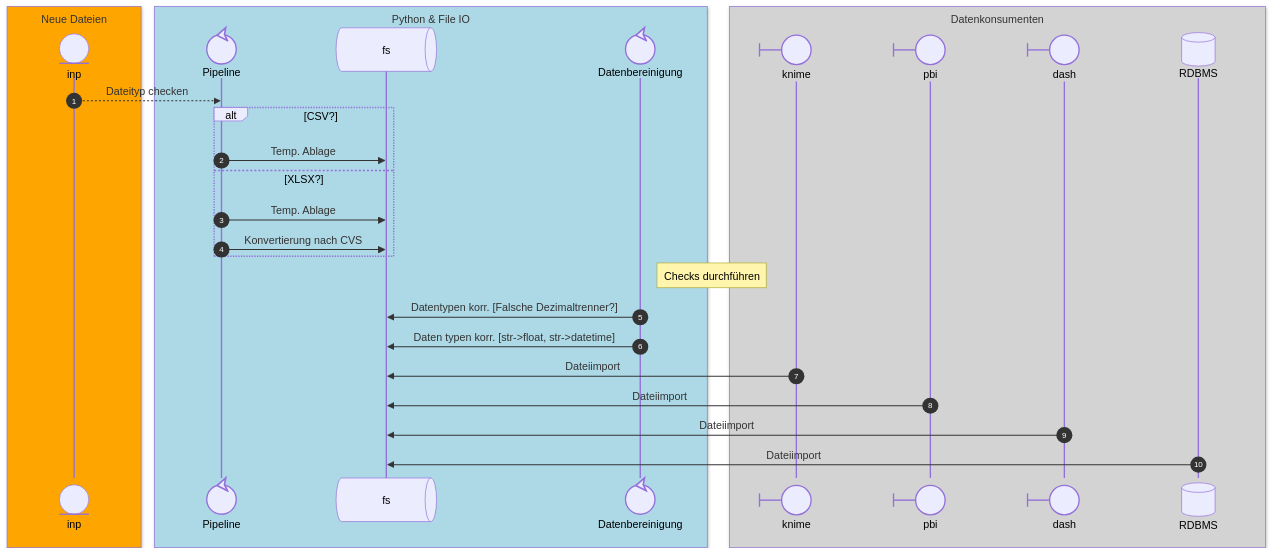
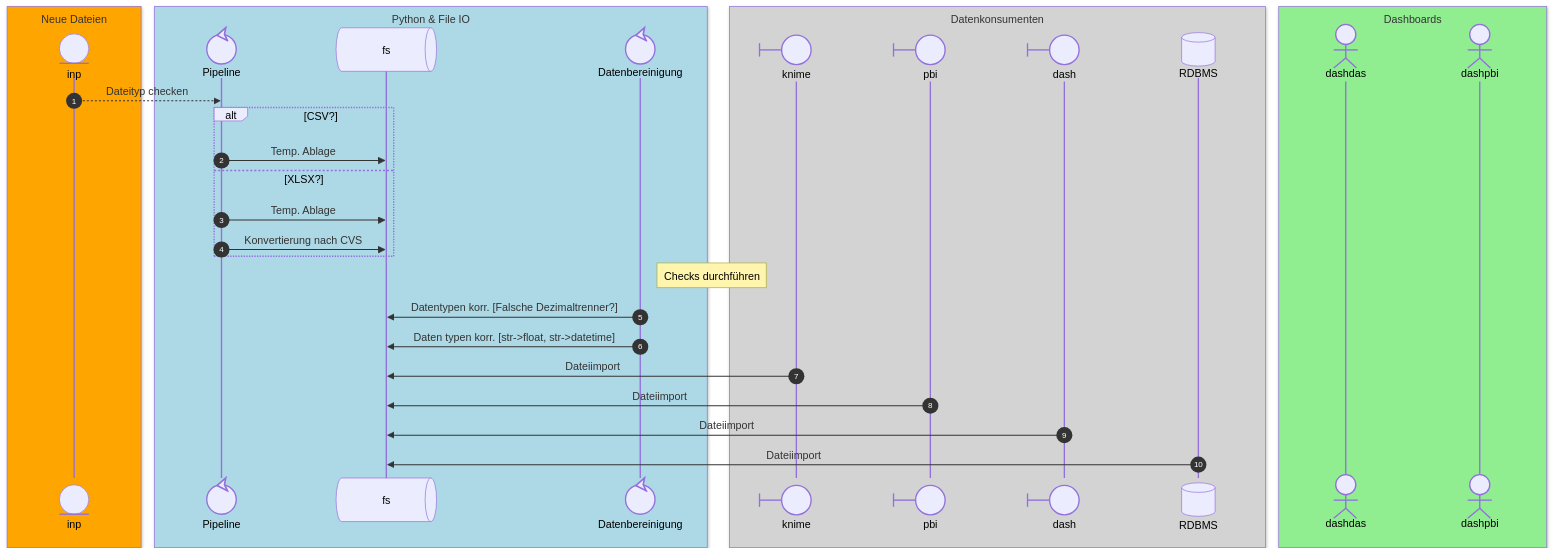
The diagram in Documentation/Data_Quality.md (nevsglueckauf/wq), drawn with Mermaid before and after one commit.

Commit message:
Dokumentation zur Datenbereinigung

````diff
--- a/Documentation/Data_Quality.md
+++ b/Documentation/Data_Quality.md
@@ -7,41 +7,46 @@
 ```mermaid
 sequenceDiagram
     autonumber
     
     box orange Neue Dateien
     participant inp@{ "type" : "entity" }
     end
     box lightblue  Python &  File IO
     participant Pipeline@{ "type" : "control" }
     participant fs@{ "type" : "queue" }
     participant Datenbereinigung@{ "type" : "control" }
     end 
 
     box lightgray  Datenkonsumenten
     participant knime@{ "type" : "boundary" }
     participant pbi@{ "type" : "boundary" }
     participant dash@{ "type" : "boundary" }
     participant RDBMS@{ "type" : "database" }
+    end 
+
+    box lightgreen  Dashboards
+    actor dashdas
+    actor dashpbi
     end 
 
     inp-->>Pipeline: Dateityp checken
      alt CSV?
             Pipeline->>fs: Temp. Ablage
      else XLSX?
             Pipeline->>fs: Temp. Ablage
             Pipeline->>fs: Konvertierung nach CVS
     end
     Note right of Datenbereinigung: Checks durchführen
     Datenbereinigung->>fs: Datentypen korr. [Falsche Dezimaltrenner?]
     Datenbereinigung->>fs: Daten typen korr. [str->float, str->datetime]
 
     knime->>fs: Dateiimport
     pbi->>fs: Dateiimport
     dash->>fs: Dateiimport
     RDBMS->>fs: Dateiimport
     
     
 
     
 
 ```
````
